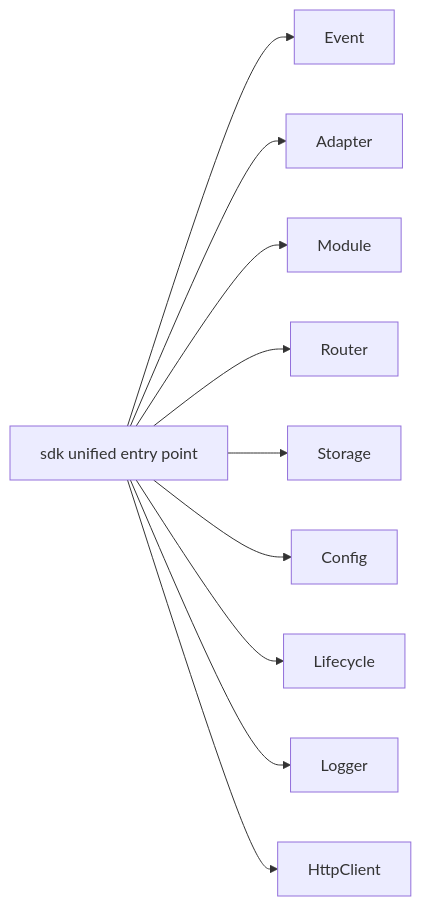
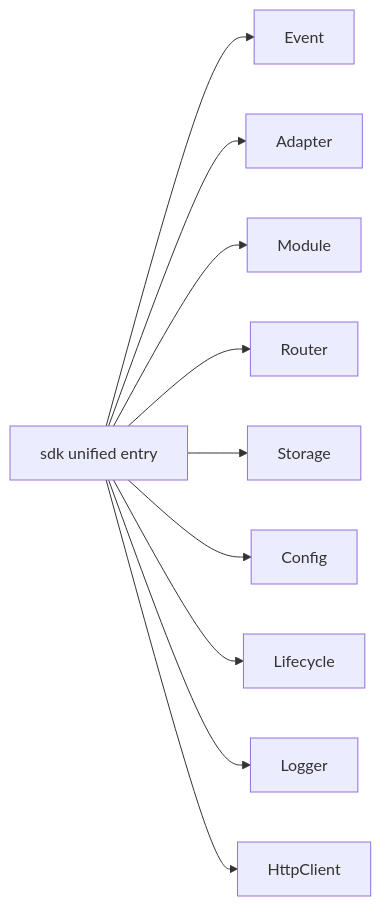
The second of 2 diagrams in README.md (ErisPulse/ErisPulse), drawn with Mermaid before and after one commit. The commit also changed other lines of this file and 11 other files, not shown here.

````diff
--- a/README.md
+++ b/README.md
@@ -399,5 +401,5 @@
 ```mermaid
 graph LR
-    SDK["sdk unified entry point"] --> Event & Adapter & Module & Router & Storage
+    SDK["sdk unified entry"] --> Event & Adapter & Module & Router & Storage
     SDK --> Config & Lifecycle & Logger & HttpClient
 ```
````
